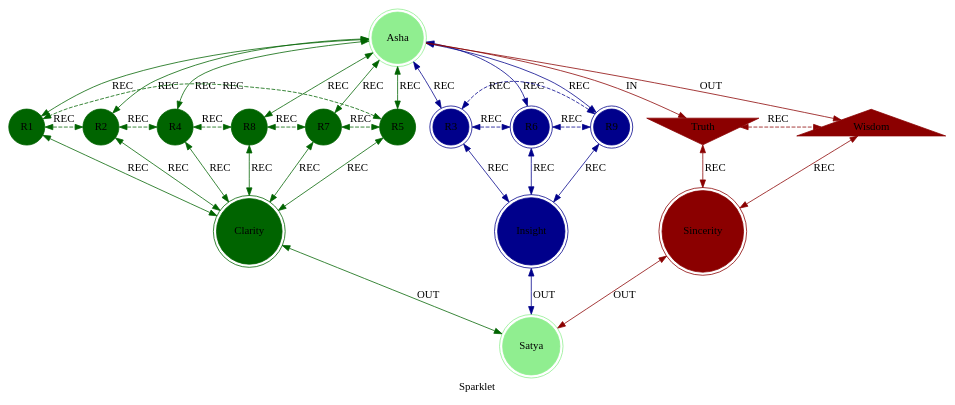
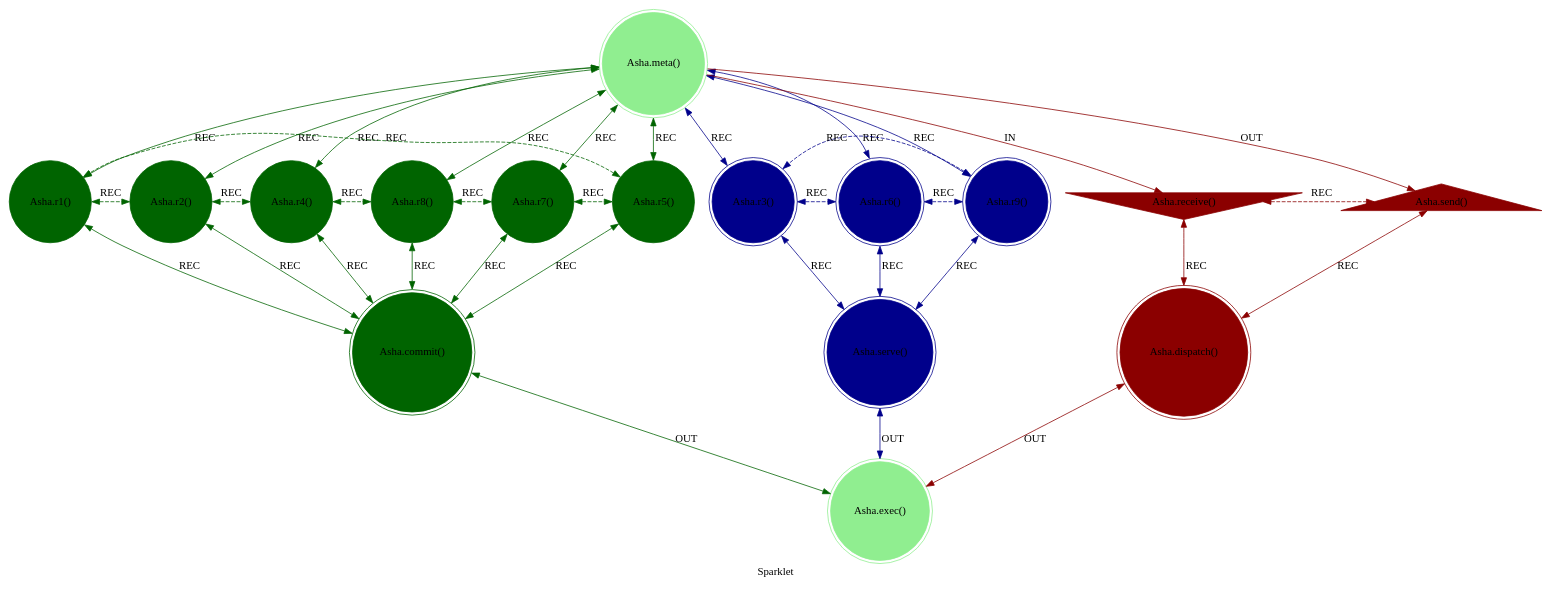
The diagram in src/includes/asha.dot (cilang/mythos), drawn with Graphviz before and after one commit. The commit also changed 6 other files, not shown here.

```diff
--- a/src/includes/asha.dot
+++ b/src/includes/asha.dot
@@ -1,48 +1,48 @@
 strict digraph Sparklet {
     label = "Sparklet";
     style = filled;
     color = lightgray;
     node [shape = circle; style = filled; color = lightgreen;];
     
     // The Axis A-0-B (In-Meta-Out).
     // The Sacred 3-6-9 (Boundary of Perception).
     // The Vortex 1-2-4-8-7-5 (Boundary of Comprehension).
     // The Router C-D-E
     // The Closure F
-    asha_0_t [label = "Asha";comment = "meta()";shape = doublecircle;];
-    asha_1_t [label = "R1";comment = "";shape = circle;color = darkgreen;];
-    asha_2_t [label = "R2";comment = "";shape = circle;color = darkgreen;];
-    asha_4_t [label = "R4";comment = "";shape = circle;color = darkgreen;];
-    asha_8_t [label = "R8";comment = "";shape = circle;color = darkgreen;];
-    asha_7_t [label = "R7";comment = "";shape = circle;color = darkgreen;];
-    asha_5_t [label = "R5";comment = "";shape = circle;color = darkgreen;];
-    asha_3_t [label = "R3";comment = "";shape = doublecircle;color = darkblue;];
-    asha_6_t [label = "R6";comment = "";shape = doublecircle;color = darkblue;];
-    asha_9_t [label = "R9";comment = "";shape = doublecircle;color = darkblue;];
-    asha_a_t [label = "Truth";comment = "receive()";shape = invtriangle;color = darkred;];
-    asha_b_t [label = "Wisdom";comment = "send()";shape = triangle;color = darkred;];
-    asha_c_t [label = "Sincerity";comment = "dispatch()";shape = doublecircle;color = darkred;];
-    asha_d_t [label = "Clarity";comment = "commit()";shape = doublecircle;color = darkgreen;];
-    asha_e_t [label = "Insight";comment = "serve()";shape = doublecircle;color = darkblue;];
-    asha_f_t [label = "Satya";comment = "exec()";shape = doublecircle;];
+    asha_0_t [label = "Asha.meta()";comment = "";shape = doublecircle;];
+    asha_1_t [label = "Asha.r1()";comment = "";shape = circle;color = darkgreen;];
+    asha_2_t [label = "Asha.r2()";comment = "";shape = circle;color = darkgreen;];
+    asha_4_t [label = "Asha.r4()";comment = "";shape = circle;color = darkgreen;];
+    asha_8_t [label = "Asha.r8()";comment = "";shape = circle;color = darkgreen;];
+    asha_7_t [label = "Asha.r7()";comment = "";shape = circle;color = darkgreen;];
+    asha_5_t [label = "Asha.r5()";comment = "";shape = circle;color = darkgreen;];
+    asha_3_t [label = "Asha.r3()";comment = "Clarity and Insight";shape = doublecircle;color = darkblue;];
+    asha_6_t [label = "Asha.r6()";comment = "Integrity and Discernment";shape = doublecircle;color = darkblue;];
+    asha_9_t [label = "Asha.r9()";comment = "Sincerity and Comprehension";shape = doublecircle;color = darkblue;];
+    asha_a_t [label = "Asha.receive()";comment = "Truth";shape = invtriangle;color = darkred;];
+    asha_b_t [label = "Asha.send()";comment = "Wisdom";shape = triangle;color = darkred;];
+    asha_c_t [label = "Asha.dispatch()";comment = "";shape = doublecircle;color = darkred;];
+    asha_d_t [label = "Asha.commit()";comment = "";shape = doublecircle;color = darkgreen;];
+    asha_e_t [label = "Asha.serve()";comment = "";shape = doublecircle;color = darkblue;];
+    asha_f_t [label = "Asha.exec()";comment = "";shape = doublecircle;];
     
     // IN = Input
     // OUT = Output
     // REC = Recursion
     asha_0_t -> asha_a_t [label = "IN"; color = darkred; comment = "";];
     asha_0_t -> asha_b_t [label = "OUT"; color = darkred; comment = "";];
     asha_0_t -> {asha_3_t asha_6_t asha_9_t} [label = "REC"; color = darkblue; comment = ""; dir = both;];
     asha_0_t -> {asha_1_t asha_2_t asha_4_t asha_8_t asha_7_t asha_5_t} [label = "REC"; color = darkgreen; comment = ""; dir = both;];
     
     {asha_a_t asha_b_t} -> asha_c_t [label = "REC"; color = darkred; comment = ""; dir = both;];
     {asha_1_t asha_2_t asha_4_t asha_8_t asha_7_t asha_5_t} -> asha_d_t [label = "REC"; color = darkgreen; comment = ""; dir = both;];
     {asha_3_t asha_6_t asha_9_t} -> asha_e_t [label = "REC"; color = darkblue; comment = ""; dir = both;];
     
     asha_1_t -> asha_2_t -> asha_4_t -> asha_8_t -> asha_7_t -> asha_5_t -> asha_1_t [label = "REC"; color = darkgreen; comment = ""; style = dashed; constraint = false; dir = both;];
     asha_3_t -> asha_6_t -> asha_9_t -> asha_3_t [label = "REC"; color = darkblue; comment = ""; style = dashed; constraint = false; dir = both;];
     asha_a_t -> asha_b_t [label = "REC"; color = darkred; comment = ""; constraint = false; style = dashed; dir = both;];
     
     asha_c_t -> asha_f_t [label = "OUT"; color = darkred; comment = ""; dir = both;];
     asha_d_t -> asha_f_t [label = "OUT"; color = darkgreen; comment = ""; dir = both;];
     asha_e_t -> asha_f_t [label = "OUT"; color = darkblue; comment = ""; dir = both;];
 }
```
